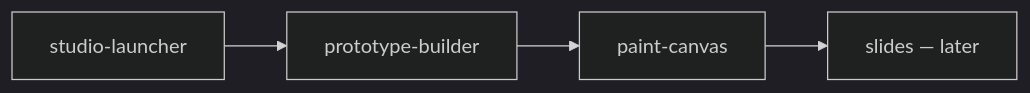
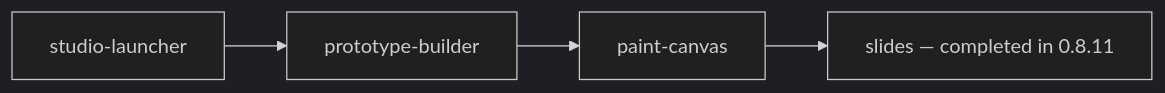
One commit to VKirill/bb-plugin-office-viewer changed the first of 2 diagrams in .agents/plans/2026-10-17-office-studio.md. Above: the diagram before and after it, drawn with Mermaid (dark theme). The commit also changed other lines of this file and 2 other files, not shown here.

````diff
--- a/.agents/plans/2026-10-17-office-studio.md
+++ b/.agents/plans/2026-10-17-office-studio.md
@@ -30,6 +30,6 @@
 ```mermaid
 graph LR
   A[studio-launcher] --> B[prototype-builder]
   B --> C[paint-canvas]
-  C --> D[slides — later]
+  C --> D[slides — completed in 0.8.11]
 ```
````
